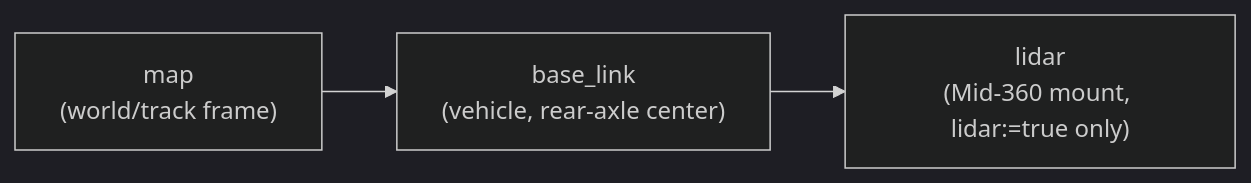
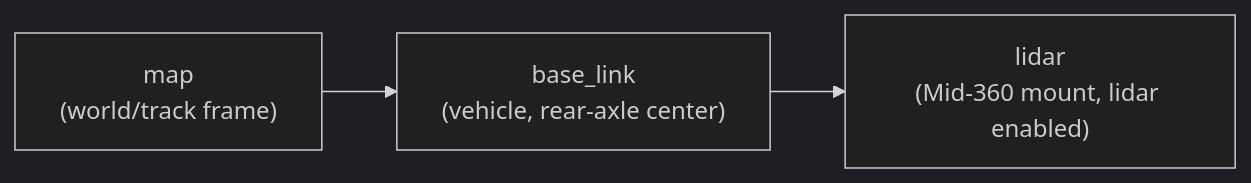
The sixth of 7 diagrams in autonomy/ros2/README.md (LonghornRacingElectric/lhre), drawn with Mermaid (dark theme) before and after one commit. The commit also changed other lines of this file and 99 other files, not shown here.

````diff
--- a/autonomy/ros2/README.md
+++ b/autonomy/ros2/README.md
@@ -412,5 +419,5 @@
 ```mermaid
 flowchart LR
     map["map<br>(world/track frame)"] --> base["base_link<br>(vehicle, rear-axle center)"]
-    base --> lidar["lidar<br>(Mid-360 mount, lidar:=true only)"]
+    base --> lidar["lidar<br>(Mid-360 mount, lidar enabled)"]
 ```
````
